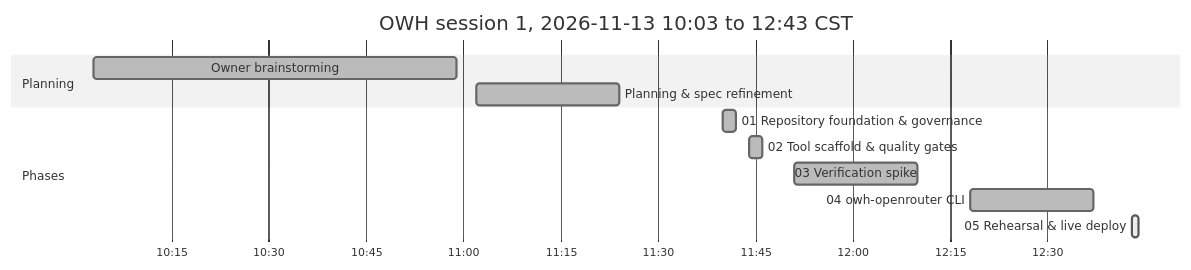
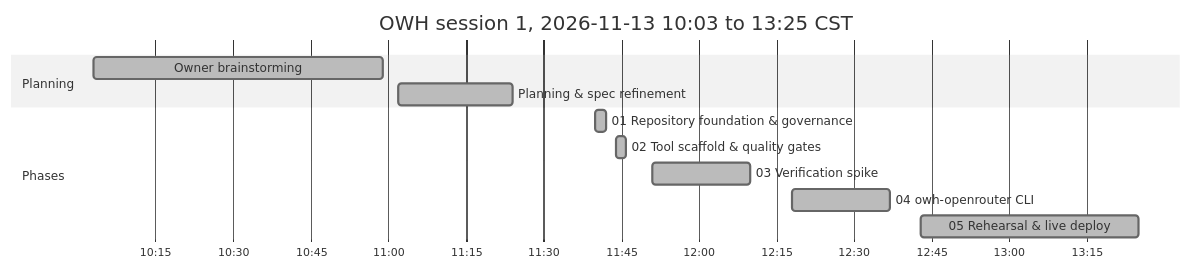
Before and after one commit to antonizick/OpenWebUI: the diagram in OWH_IMPLEMENTATION_PLAN.md, drawn with Mermaid (neutral theme). The commit also changed other lines of this file and 1 other file, not shown here.

Commit message:
docs(plan): refresh timeline

````diff
--- a/OWH_IMPLEMENTATION_PLAN.md
+++ b/OWH_IMPLEMENTATION_PLAN.md
@@ -48,15 +48,15 @@
 ```mermaid
 gantt
-    title OWH session 1, 2026-11-13 10:03 to 12:43 CST
+    title OWH session 1, 2026-11-13 10:03 to 13:25 CST
     dateFormat YYYY-MM-DD HH:mm
     axisFormat %H:%M
     section Planning
     Owner brainstorming :done, plan1, 2026-11-13 10:03, 2026-11-13 10:59
     Planning & spec refinement :done, p00, 2026-11-13 11:02, 2026-11-13 11:24
     section Phases
     01 Repository foundation & governance :done, p01s1, 2026-11-13 11:40, 2026-11-13 11:42
     02 Tool scaffold & quality gates :done, p02s1, 2026-11-13 11:44, 2026-11-13 11:46
     03 Verification spike :done, p03s1, 2026-11-13 11:51, 2026-11-13 12:10
     04 owh-openrouter CLI :done, p04s1, 2026-11-13 12:18, 2026-11-13 12:37
-    05 Rehearsal & live deploy :active, p05s1, 2026-11-13 12:43, 2026-11-13 12:44
+    05 Rehearsal & live deploy :done, p05s1, 2026-11-13 12:43, 2026-11-13 13:25
 ```
````
